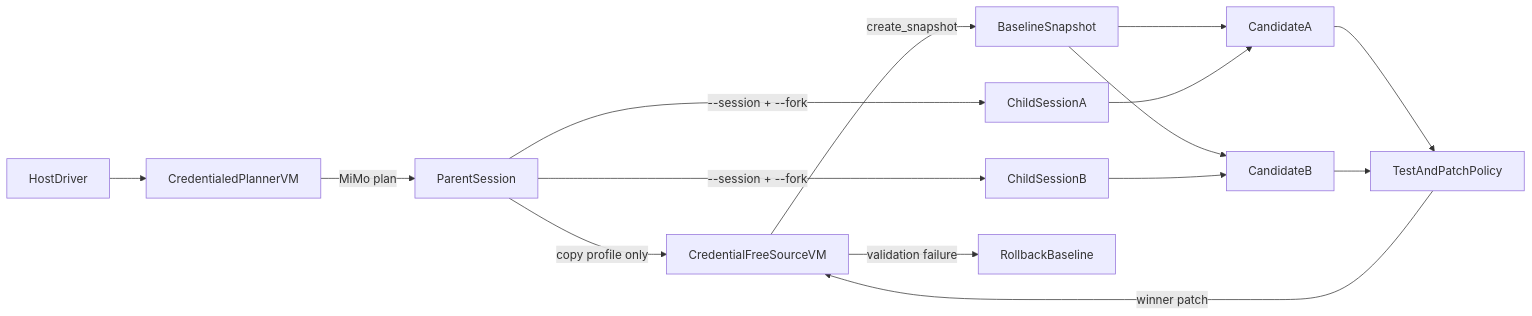
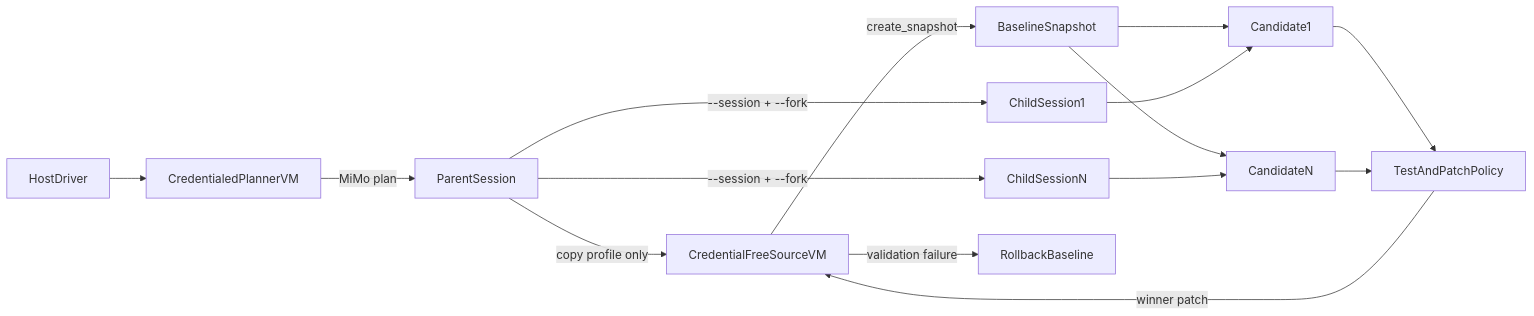
One commit to TencentCloud/CubeSandbox changed the diagram in docs/guide/integrations/mimo-code.md. Above: the diagram before and after it, drawn with Mermaid. The commit also changed other lines of this file and 12 other files, not shown here.

````diff
--- a/docs/guide/integrations/mimo-code.md
+++ b/docs/guide/integrations/mimo-code.md
@@ -69,17 +72,17 @@
 ```mermaid
 flowchart LR
     Driver[HostDriver] --> Planner[CredentialedPlannerVM]
     Planner -->|"MiMo plan"| Parent[ParentSession]
     Parent -->|"copy profile only"| Source[CredentialFreeSourceVM]
     Source -->|"create_snapshot"| Snapshot[BaselineSnapshot]
-    Snapshot --> CandidateA[CandidateA]
-    Snapshot --> CandidateB[CandidateB]
-    Parent -->|"--session + --fork"| ChildA[ChildSessionA]
-    Parent -->|"--session + --fork"| ChildB[ChildSessionB]
-    ChildA --> CandidateA
-    ChildB --> CandidateB
-    CandidateA --> Evaluator[TestAndPatchPolicy]
-    CandidateB --> Evaluator
+    Snapshot --> Candidate1[Candidate1]
+    Snapshot --> CandidateN[CandidateN]
+    Parent -->|"--session + --fork"| Child1[ChildSession1]
+    Parent -->|"--session + --fork"| ChildN[ChildSessionN]
+    Child1 --> Candidate1
+    ChildN --> CandidateN
+    Candidate1 --> Evaluator[TestAndPatchPolicy]
+    CandidateN --> Evaluator
     Evaluator -->|"winner patch"| Source
     Source -->|"validation failure"| Rollback[RollbackBaseline]
 ```
````
